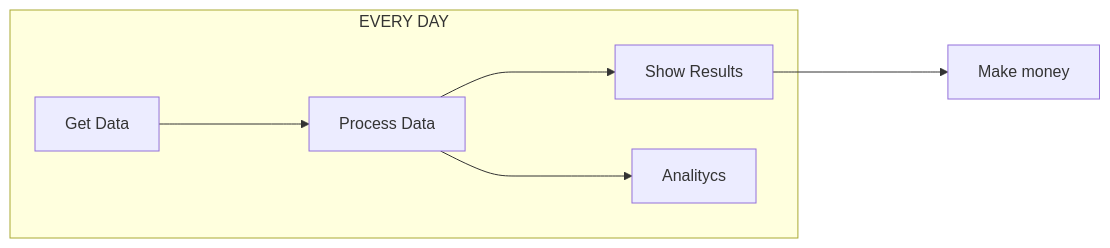
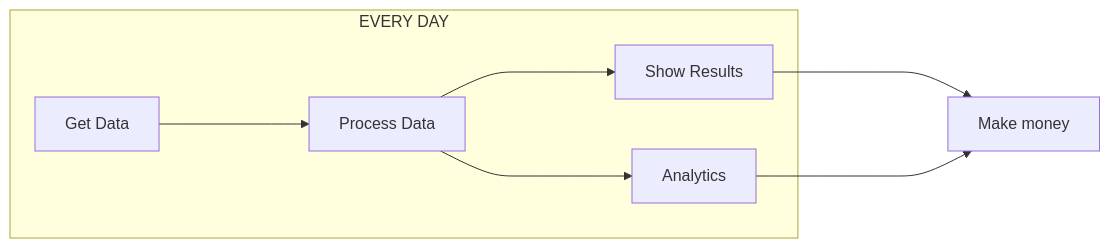
One commit to moisesosorio/moisesosorio changed the diagram in README.md. Above: the diagram before and after it, drawn with Mermaid. The commit also changed other lines of this file, not shown here.

Commit message:
Update README.md
mermaid

````diff
--- a/README.md
+++ b/README.md
@@ -12,9 +12,10 @@
 ```mermaid
 flowchart LR
     subgraph EVERY DAY
         A["Get Data"]---->B["Process Data"]
         B["Process Data"]---->C["Show Results"]
-        B["Process Data"]---->D["Analitycs"]
+        B["Process Data"]---->D["Analytics"]
     end
         C["Show Results"]---->E["Make money"]
+        D["Analytics"]---->E["Make money"]
 ```
````
